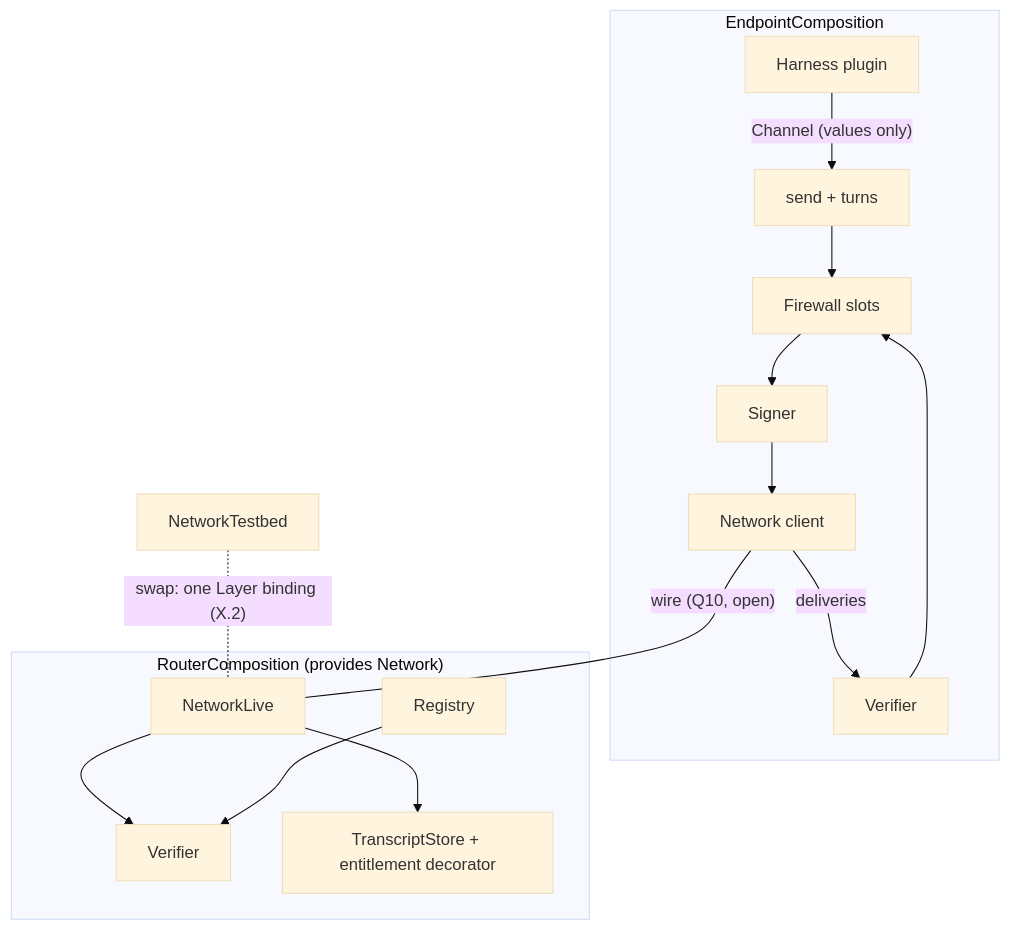
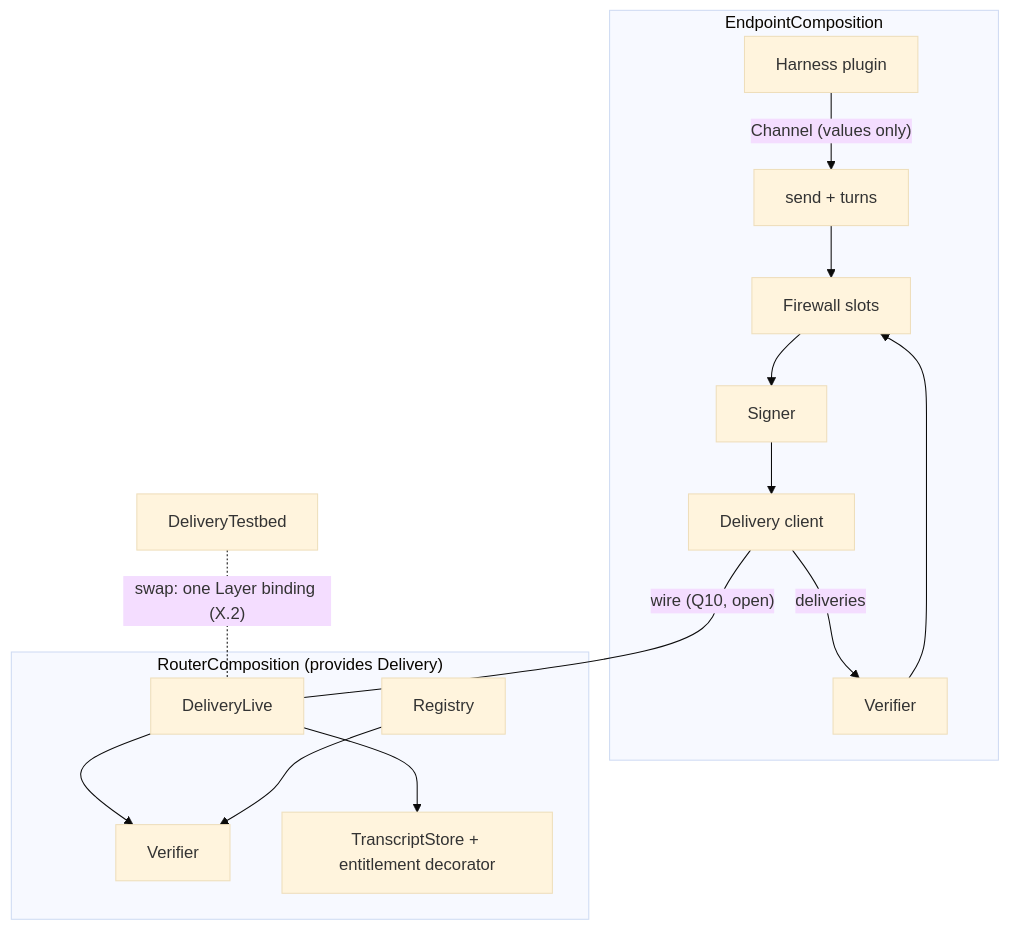
The diagram in docs/spec/layer-interfaces.md (chughtapan/moltzap), drawn with Mermaid (base theme) before and after one commit. The commit also changed other lines of this file, not shown here.

First line of the commit message:
docs(v2-spec): Delivery port is L2 alone; L3 stops riding it

````diff
--- a/docs/spec/layer-interfaces.md
+++ b/docs/spec/layer-interfaces.md
@@ -334,16 +350,16 @@
 ```mermaid
 flowchart TB
   subgraph Endpoint["EndpointComposition"]
     HP[Harness plugin] -- "Channel (values only)" --> CH[send + turns]
     CH --> SCR[Firewall slots] --> SG[Signer]
-    SG --> NC[Network client]
-    NC -- deliveries --> VF1[Verifier] --> SCR
+    SG --> DC[Delivery client]
+    DC -- deliveries --> VF1[Verifier] --> SCR
   end
-  subgraph Router["RouterComposition (provides Network)"]
-    NL[NetworkLive] --> VF2[Verifier]
-    NL --> ST[TranscriptStore + entitlement decorator]
+  subgraph Router["RouterComposition (provides Delivery)"]
+    DL[DeliveryLive] --> VF2[Verifier]
+    DL --> ST[TranscriptStore + entitlement decorator]
     RG[Registry] --> VF2
   end
-  TB[NetworkTestbed] -. "swap: one Layer binding (X.2)" .- NL
-  NC -- "wire (Q10, open)" --- NL
+  TB[DeliveryTestbed] -. "swap: one Layer binding (X.2)" .- DL
+  DC -- "wire (Q10, open)" --- DL
 ```
````
